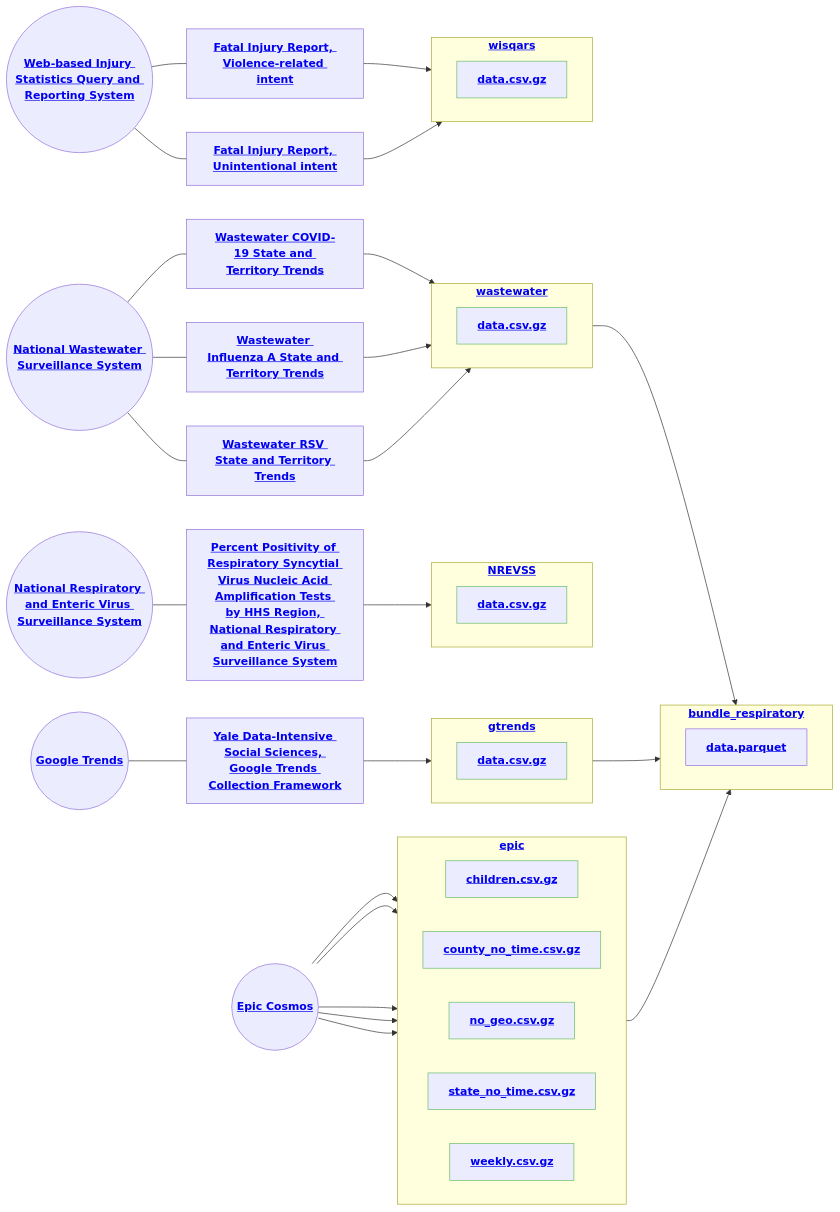
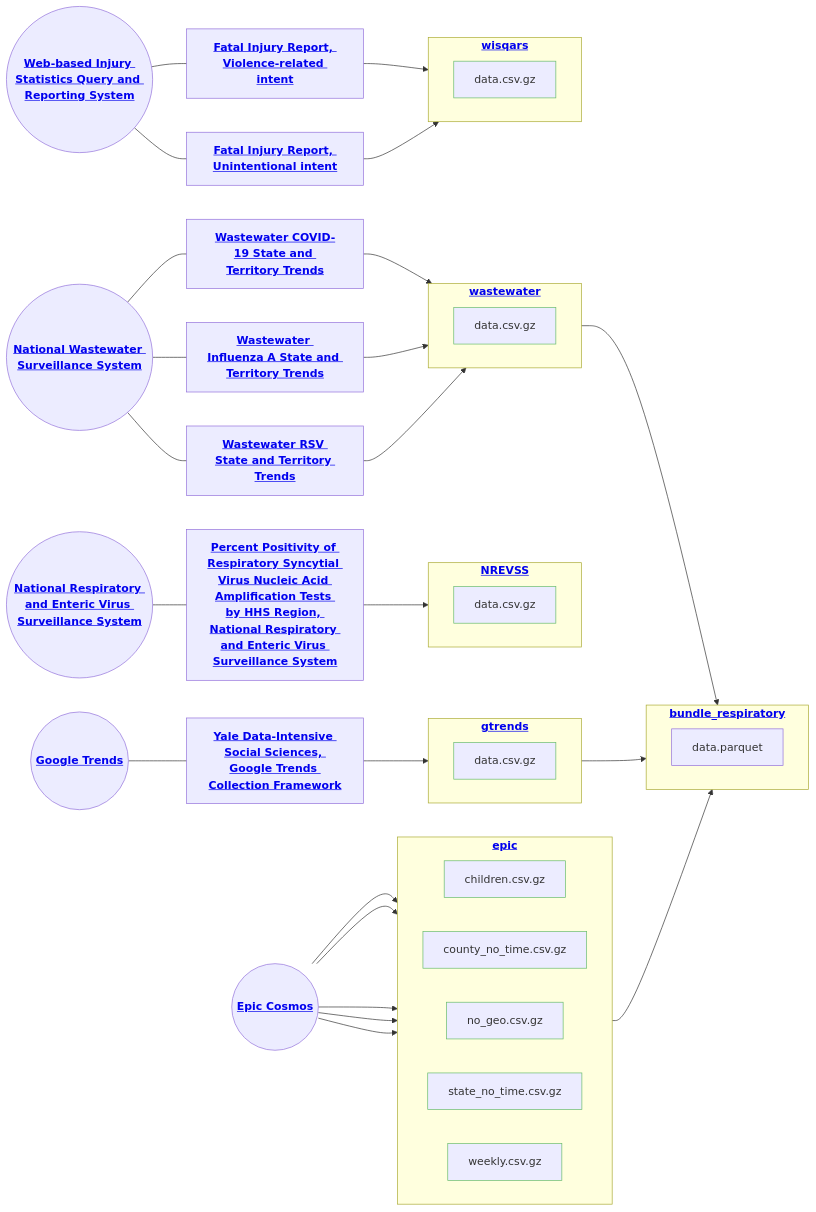
One commit to DanWeinberger/pophive_demo changed the diagram in status.md. Above: the diagram before and after it, drawn with Mermaid. The commit also changed 5 other files, not shown here.

````diff
--- a/status.md
+++ b/status.md
@@ -1,61 +1,61 @@
 ```mermaid
 flowchart LR
     classDef pass stroke:#66bb6a
     classDef warn stroke:#ffa726
     classDef fail stroke:#f44336
     s0(("<strong><a href="https://cosmos.epic.com" target="_blank" rel="noreferrer">Epic Cosmos</a></strong>"))
     s1(("<strong><a href="https://trends.google.com" target="_blank" rel="noreferrer">Google Trends</a></strong>"))
     s3(("<strong><a href="https://www.cdc.gov/nrevss" target="_blank" rel="noreferrer">National Respiratory and Enteric Virus Surveillance System</a></strong>"))
     s5(("<strong><a href="https://www.cdc.gov/nwss" target="_blank" rel="noreferrer">National Wastewater Surveillance System</a></strong>"))
     s9(("<strong><a href="https://wisqars.cdc.gov/" target="_blank" rel="noreferrer">Web-based Injury Statistics Query and Reporting System</a></strong>"))
     subgraph epic["`<strong><a href="https://github.com/dissc-yale/pophive_demo/tree/main/data/epic" target="_blank" rel="noreferrer">epic</a></strong>`"]
         direction LR
-        n1["`<strong><a href="https://github.com/dissc-yale/pophive_demo/blob/main/data/epic/standard/children.csv.gz" target="_blank" rel="noreferrer">children.csv.gz</a></strong>`"]:::pass
-        n2["`<strong><a href="https://github.com/dissc-yale/pophive_demo/blob/main/data/epic/standard/county_no_time.csv.gz" target="_blank" rel="noreferrer">county_no_time.csv.gz</a></strong>`"]:::pass
-        n3["`<strong><a href="https://github.com/dissc-yale/pophive_demo/blob/main/data/epic/standard/no_geo.csv.gz" target="_blank" rel="noreferrer">no_geo.csv.gz</a></strong>`"]:::pass
-        n4["`<strong><a href="https://github.com/dissc-yale/pophive_demo/blob/main/data/epic/standard/state_no_time.csv.gz" target="_blank" rel="noreferrer">state_no_time.csv.gz</a></strong>`"]:::pass
-        n5["`<strong><a href="https://github.com/dissc-yale/pophive_demo/blob/main/data/epic/standard/weekly.csv.gz" target="_blank" rel="noreferrer">weekly.csv.gz</a></strong>`"]:::pass
+        n1["`children.csv.gz`"]:::pass
+        n2["`county_no_time.csv.gz`"]:::pass
+        n3["`no_geo.csv.gz`"]:::pass
+        n4["`state_no_time.csv.gz`"]:::pass
+        n5["`weekly.csv.gz`"]:::pass
     end
     subgraph gtrends["`<strong><a href="https://github.com/dissc-yale/pophive_demo/tree/main/data/gtrends" target="_blank" rel="noreferrer">gtrends</a></strong>`"]
         direction LR
-        n6["`<strong><a href="https://github.com/dissc-yale/pophive_demo/blob/main/data/gtrends/standard/data.csv.gz" target="_blank" rel="noreferrer">data.csv.gz</a></strong>`"]:::pass
+        n6["`data.csv.gz`"]:::pass
     end
     subgraph NREVSS["`<strong><a href="https://github.com/dissc-yale/pophive_demo/tree/main/data/NREVSS" target="_blank" rel="noreferrer">NREVSS</a></strong>`"]
         direction LR
-        n7["`<strong><a href="https://github.com/dissc-yale/pophive_demo/blob/main/data/NREVSS/standard/data.csv.gz" target="_blank" rel="noreferrer">data.csv.gz</a></strong>`"]:::pass
+        n7["`data.csv.gz`"]:::pass
     end
     subgraph wastewater["`<strong><a href="https://github.com/dissc-yale/pophive_demo/tree/main/data/wastewater" target="_blank" rel="noreferrer">wastewater</a></strong>`"]
         direction LR
-        n8["`<strong><a href="https://github.com/dissc-yale/pophive_demo/blob/main/data/wastewater/standard/data.csv.gz" target="_blank" rel="noreferrer">data.csv.gz</a></strong>`"]:::pass
+        n8["`data.csv.gz`"]:::pass
     end
     subgraph wisqars["`<strong><a href="https://github.com/dissc-yale/pophive_demo/tree/main/data/wisqars" target="_blank" rel="noreferrer">wisqars</a></strong>`"]
         direction LR
-        n9["`<strong><a href="https://github.com/dissc-yale/pophive_demo/blob/main/data/wisqars/standard/data.csv.gz" target="_blank" rel="noreferrer">data.csv.gz</a></strong>`"]:::pass
+        n9["`data.csv.gz`"]:::pass
     end
     subgraph bundle_respiratory["`<strong><a href="https://github.com/dissc-yale/pophive_demo/tree/main/data/bundle_respiratory" target="_blank" rel="noreferrer">bundle_respiratory</a></strong>`"]
         direction LR
-        n10["`<strong><a href="https://github.com/dissc-yale/pophive_demo/blob/main/data/bundle_respiratory/dist/data.parquet" target="_blank" rel="noreferrer">data.parquet</a></strong>`"]
+        n10["`data.parquet`"]
     end
     s0 --> n1
     s0 --> n2
     s0 --> n3
     s0 --> n4
     s0 --> n5
     s1---s2["<strong><a href="https://github.com/DISSC-yale/gtrends_collection" target="_blank" rel="noreferrer">Yale Data-Intensive Social Sciences, Google Trends Collection Framework</a></strong>"]
     s2 --> n6
     s3---s4["<strong><a href="https://data.cdc.gov/resource/3cxc-4k8q" target="_blank" rel="noreferrer">Percent Positivity of Respiratory Syncytial Virus Nucleic Acid Amplification Tests by HHS Region, National Respiratory and Enteric Virus Surveillance System</a></strong>"]
     s4 --> n7
     s5---s6["<strong><a href="https://www.cdc.gov/nwss/rv/COVID19-statetrend.html" target="_blank" rel="noreferrer">Wastewater COVID-19 State and Territory Trends</a></strong>"]
     s6 --> n8
     s5---s7["<strong><a href="https://www.cdc.gov/nwss/rv/InfluenzaA-statetrend.html" target="_blank" rel="noreferrer">Wastewater Influenza A State and Territory Trends</a></strong>"]
     s7 --> n8
     s5---s8["<strong><a href="https://www.cdc.gov/nwss/rv/RSV-statetrend.html" target="_blank" rel="noreferrer">Wastewater RSV State and Territory Trends</a></strong>"]
     s8 --> n8
     s9---s10["<strong><a href="https://wisqars.cdc.gov/reports/?o=MORT&i=8&m=20810&s=0&r=0&ry=2&y1=2018&y2=2023&a=ALL&g1=0&g2=199&a1=0&a2=199&r1=MECH&r2=AGEGP&r3=STATE&r4=YEAR&r5=NONE&r6=NONE&g=00&e=0&yp=65&me=0&t=0" target="_blank" rel="noreferrer">Fatal Injury Report, Violence-related intent</a></strong>"]
     s10 --> n9
     s9---s11["<strong><a href="https://wisqars.cdc.gov/reports/?o=MORT&i=1&m=20810&s=0&r=0&ry=2&y1=2018&y2=2023&a=ALL&g1=0&g2=199&a1=0&a2=199&r1=MECH&r2=AGEGP&r3=STATE&r4=YEAR&r5=NONE&r6=NONE&g=00&e=0&yp=65&me=0&t=0" target="_blank" rel="noreferrer">Fatal Injury Report, Unintentional intent</a></strong>"]
     s11 --> n9
     n5 --> bundle_respiratory
     n6 --> bundle_respiratory
     n8 --> bundle_respiratory
 ```
````
